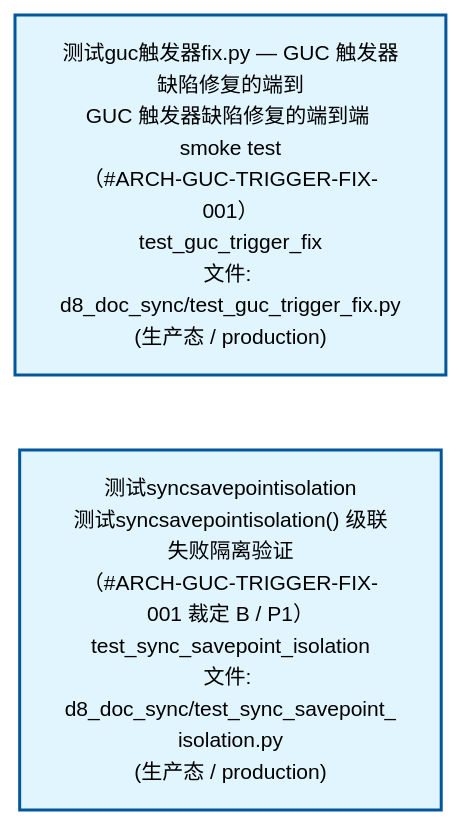
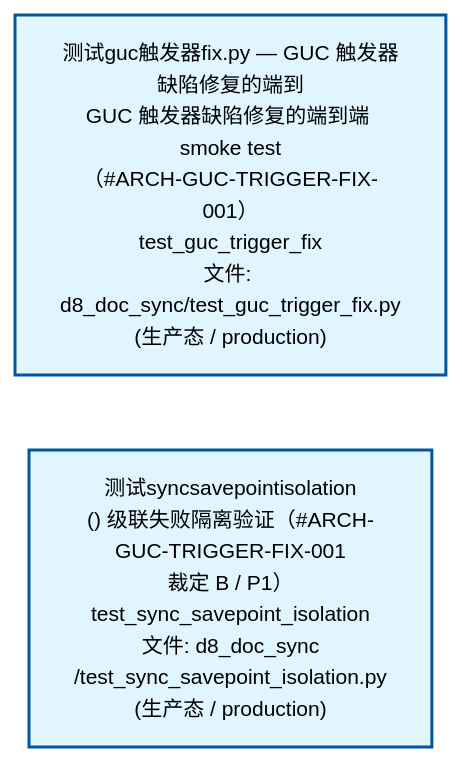
One commit to xuanFelixVan/ZephyrAlpha changed the second of 4 diagrams in docs/02_enterprise_architecture/02_domain_architecture_docs/51_d_gov_docs.md. Above: the diagram before and after it, drawn with Mermaid. The commit also changed other lines of this file and 59 other files, not shown here.

````diff
--- a/docs/02_enterprise_architecture/02_domain_architecture_docs/51_d_gov_docs.md
+++ b/docs/02_enterprise_architecture/02_domain_architecture_docs/51_d_gov_docs.md
@@ -121,12 +121,12 @@
 ```mermaid
 %%{init: {'theme': 'base', 'themeVariables': {'primaryColor': '#eaeaea', 'primaryTextColor': '#333333', 'primaryBorderColor': '#666666', 'lineColor': '#666666', 'secondaryColor': '#eaeaea', 'tertiaryColor': '#eaeaea', 'fontSize': '14px'}}}%%
 flowchart TD
     tests_governance_d8_doc_sync_test_guc_trigger_fix_py["测试guc触发器fix.py — GUC 触发器缺陷修复的端到<br/>GUC 触发器缺陷修复的端到端 smoke test<br/>（#ARCH-GUC-TRIGGER-FIX-001）<br/>test_guc_trigger_fix<br/>文件: d8_doc_sync/test_guc_trigger_fix.py<br/>(生产态 / production)"]
-    tests_governance_d8_doc_sync_test_sync_savepoint_isolation_py["测试syncsavepointisolation<br/>测试syncsavepointisolation() 级联失败隔离验证<br/>（#ARCH-GUC-TRIGGER-FIX-001 裁定 B / P1）<br/>test_sync_savepoint_isolation<br/>文件: d8_doc_sync/test_sync_savepoint_<br/>isolation.py<br/>(生产态 / production)"]
+    tests_governance_d8_doc_sync_test_sync_savepoint_isolation_py["测试syncsavepointisolation<br/>() 级联失败隔离验证（#ARCH-GUC-TRIGGER-FIX-001<br/>裁定 B / P1）<br/>test_sync_savepoint_isolation<br/>文件: d8_doc_sync<br/>/test_sync_savepoint_isolation.py<br/>(生产态 / production)"]
     tests_governance_d8_doc_sync_test_guc_trigger_fix_py ~~~ tests_governance_d8_doc_sync_test_sync_savepoint_isolation_py
     classDef production fill:#e1f5fe,stroke:#01579b,stroke-width:2px,color:#000
     classDef design fill:#fff3e0,stroke:#e65100,stroke-width:2px,color:#000,stroke-dasharray: 5 5
     classDef external_prod fill:#e8f4fd,stroke:#0277bd,stroke-width:1px,color:#000
     classDef external_design fill:#fff8e7,stroke:#ef6c00,stroke-width:1px,color:#000,stroke-dasharray: 5 5
     class tests_governance_d8_doc_sync_test_guc_trigger_fix_py,tests_governance_d8_doc_sync_test_sync_savepoint_isolation_py production
 ```
````
